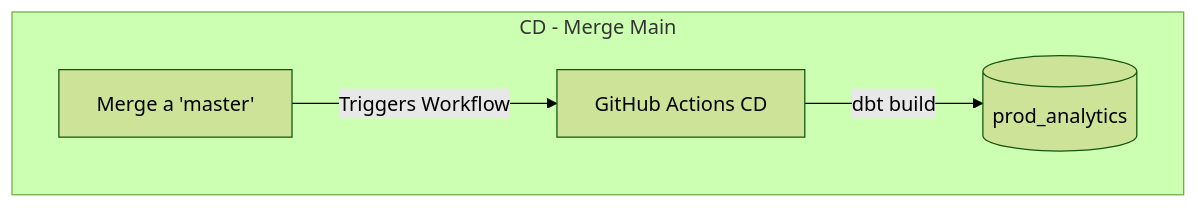
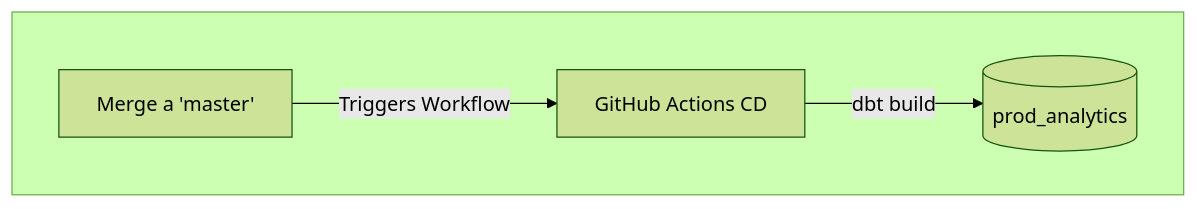
The fourth of 4 diagrams in README.md (oelasmar/github-events-analytics), drawn with Mermaid (forest theme) before and after one commit. The commit also changed other lines of this file and 14 other files, not shown here.

````diff
--- a/README.md
+++ b/README.md
@@ -59,8 +64,8 @@
 ```mermaid
 graph TD
 
-    subgraph "CD - Merge Main"
+    subgraph " "
         MERGE[Merge a 'master'] -->|Triggers Workflow| CD_ACTION[GitHub Actions CD]
         CD_ACTION -->|dbt build| PROD_DB[(prod_analytics)]
     end
 ```
````
